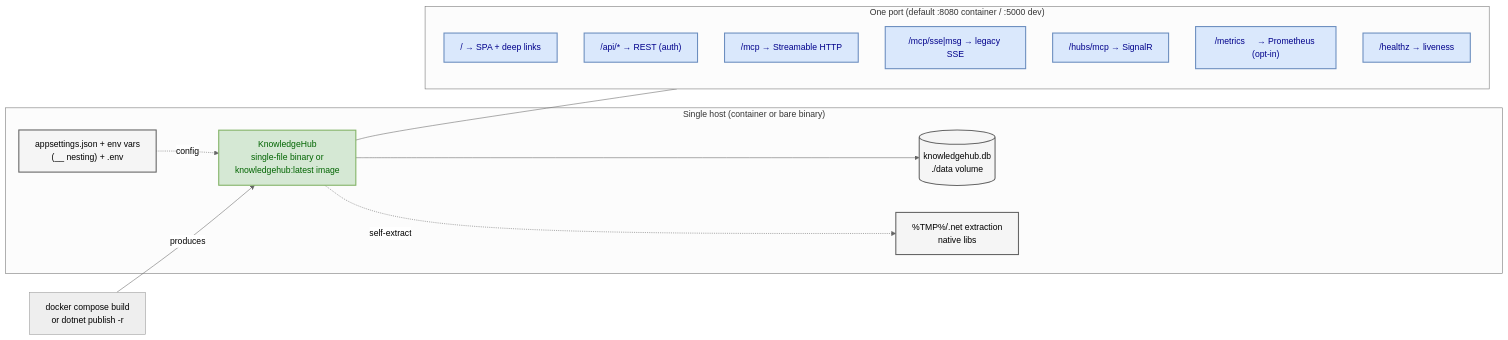
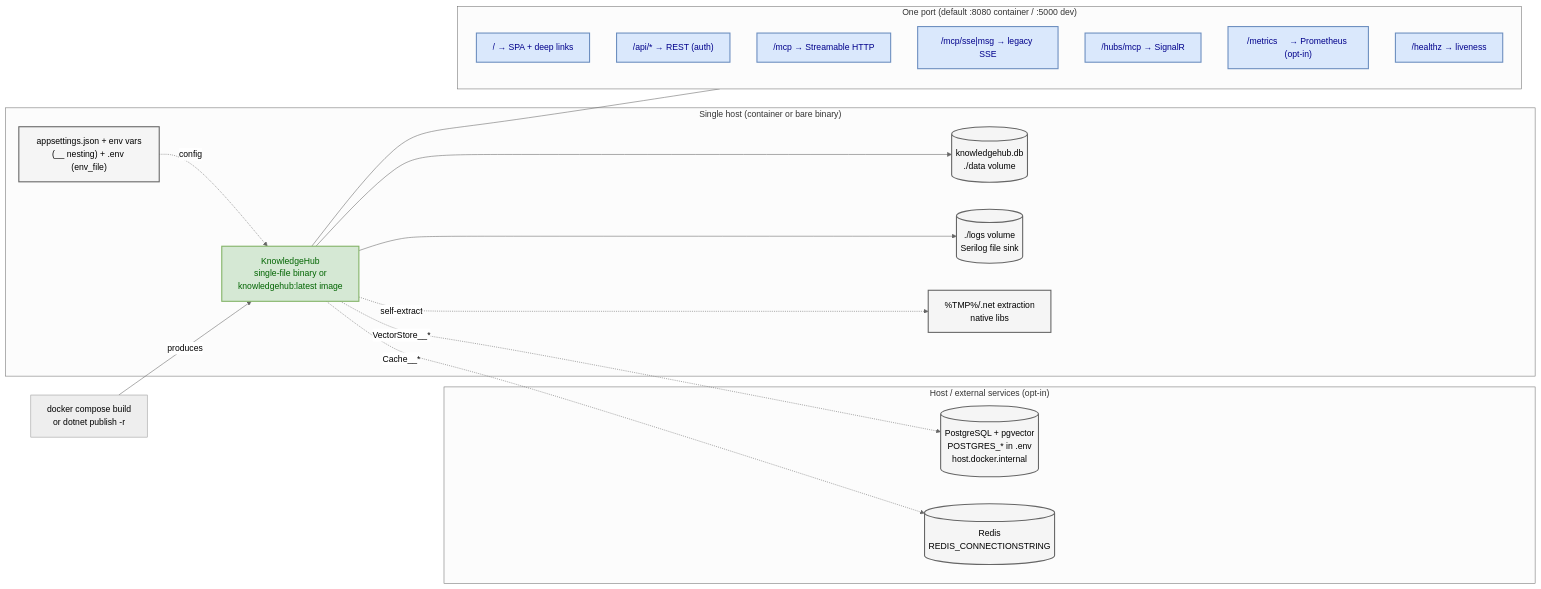
The third of 3 diagrams in docs/architecture/system-architecture.md (afonsoft/LangGraph-UI), drawn with Mermaid before and after one commit. The commit also changed other lines of this file and 10 other files, not shown here.

First line of the commit message:
docs(architecture): refresh diagrams + ADRs for ingestion queue, cache, pgvector (#230)

````diff
--- a/docs/architecture/system-architecture.md
+++ b/docs/architecture/system-architecture.md
@@ -200,33 +215,42 @@
 ```mermaid
 %%{init: {'theme':'neutral'}}%%
 flowchart LR
     subgraph Host["Single host (container or bare binary)"]
         EXE["KnowledgeHub<br/>single-file binary or<br/>knowledgehub:latest image"]
         DB[("knowledgehub.db<br/>./data volume")]
+        LOGV[("./logs volume<br/>Serilog file sink")]
         EXT["%TMP%/.net extraction<br/>native libs"]
-        CFG["appsettings.json + env vars<br/>(__ nesting) + .env"]
+        CFG["appsettings.json + env vars<br/>(__ nesting) + .env (env_file)"]
         EXE --> DB
+        EXE --> LOGV
         EXE -.->|self-extract| EXT
         CFG -.->|config| EXE
     end
+
+    subgraph HostSvc["Host / external services (opt-in)"]
+        PG2[("PostgreSQL + pgvector<br/>POSTGRES_* in .env<br/>host.docker.internal")]
+        RDS[("Redis<br/>REDIS_CONNECTIONSTRING")]
+    end
+    EXE -.->|"VectorStore__*"| PG2
+    EXE -.->|"Cache__*"| RDS
 
     DEV["docker compose build<br/>or dotnet publish -r <RID>"] -->|produces| EXE
 
     subgraph Net["One port (default :8080 container / :5000 dev)"]
         R1["/            → SPA + deep links"]
         R2["/api/*       → REST (auth)"]
         R3["/mcp         → Streamable HTTP"]
         R4["/mcp/sse|msg → legacy SSE"]
         R5["/hubs/mcp    → SignalR"]
         R6["/metrics     → Prometheus (opt-in)"]
         R7["/healthz     → liveness"]
     end
     EXE --- Net
 
     classDef bin fill:#d5e8d4,stroke:#82b366,stroke-width:2px,color:darkgreen
     classDef data fill:#f5f5f5,stroke:#666666,stroke-width:2px,color:black
     classDef net fill:#dae8fc,stroke:#6c8ebf,stroke-width:2px,color:darkblue
     class EXE bin
-    class DB,EXT,CFG data
+    class DB,LOGV,EXT,CFG,PG2,RDS data
     class R1,R2,R3,R4,R5,R6,R7 net
 ```
````
